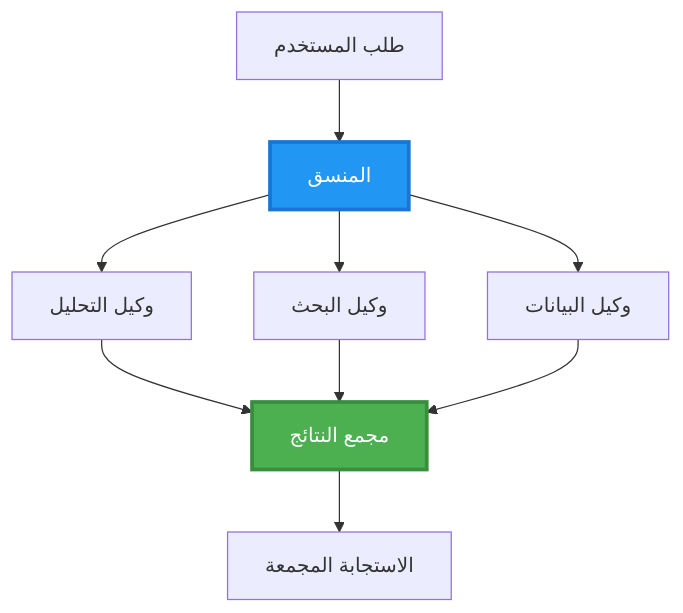
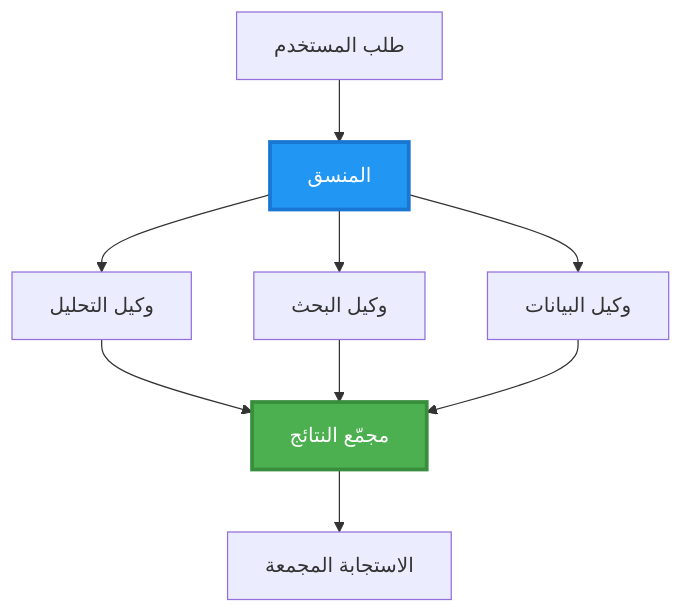
One commit to microsoft/AZD-for-beginners changed the second of 6 diagrams in translations/ar/docs/chapter-06-pre-deployment/coordination-patterns.md. Above: the diagram before and after it, drawn with Mermaid. The commit also changed other lines of this file and 101 other files, not shown here.

````diff
--- a/translations/ar/docs/chapter-06-pre-deployment/coordination-patterns.md
+++ b/translations/ar/docs/chapter-06-pre-deployment/coordination-patterns.md
@@ -106,22 +100,22 @@
 ```mermaid
 graph TB
     User[طلب المستخدم]
     Orchestrator[المنسق]
     Agent1[وكيل التحليل]
     Agent2[وكيل البحث]
     Agent3[وكيل البيانات]
-    Aggregator[مجمع النتائج]
+    Aggregator[مجمّع النتائج]
     Response[الاستجابة المجمعة]
     
     User --> Orchestrator
     Orchestrator --> Agent1
     Orchestrator --> Agent2
     Orchestrator --> Agent3
     Agent1 --> Aggregator
     Agent2 --> Aggregator
     Agent3 --> Aggregator
     Aggregator --> Response
     
     style Orchestrator fill:#2196F3,stroke:#1976D2,stroke-width:3px,color:#fff
     style Aggregator fill:#4CAF50,stroke:#388E3C,stroke-width:3px,color:#fff
 ```
````
